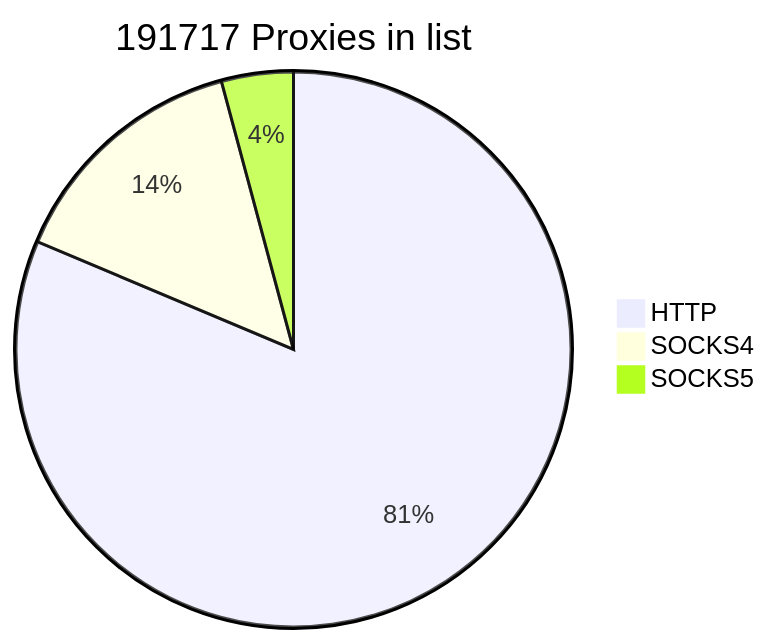
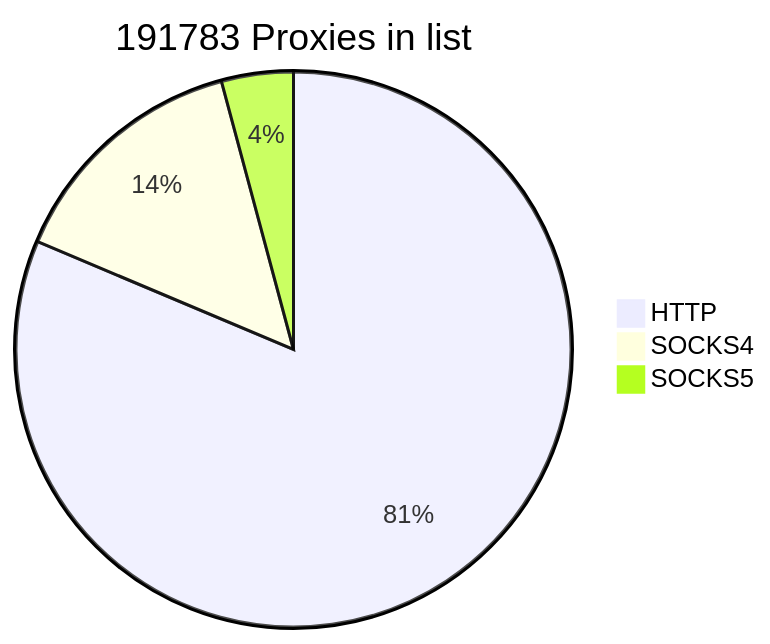
One commit to cutipu/proxylist changed the first of 2 diagrams in README.md. Above: the diagram before and after it, drawn with Mermaid. The commit also changed other lines of this file, not shown here.

````diff
--- a/README.md
+++ b/README.md
@@ -2,7 +2,7 @@
 ```mermaid
-pie title 191717 Proxies in list
-    "HTTP" : 155947
-    "SOCKS4" : 27758
+pie title 191783 Proxies in list
+    "HTTP" : 156017
+    "SOCKS4" : 27754
     "SOCKS5" : 8012
             
 ```
````
